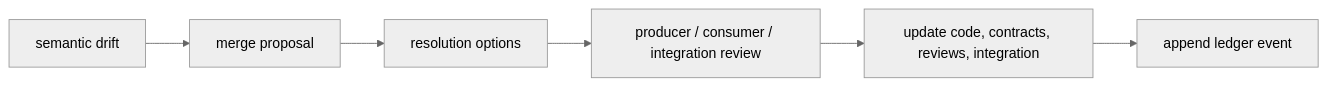
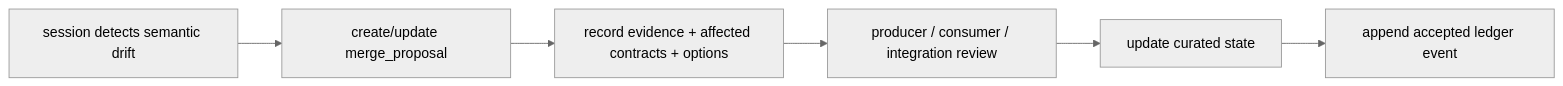
The second of 2 diagrams in README.md (genforAI/pgsa-harness), drawn with Mermaid (neutral theme) before and after one commit. The commit also changed other lines of this file, not shown here.

Commit message:
Restructure README and clarify ledger boundary

````diff
--- a/README.md
+++ b/README.md
@@ -348,8 +150,8 @@
 ```mermaid
 flowchart LR
-  D["semantic drift"] --> M["merge proposal"]
-  M --> O["resolution options"]
-  O --> R["producer / consumer / integration review"]
-  R --> U["update code, contracts, reviews, integration"]
-  U --> L["append ledger event"]
+  A["session detects semantic drift"] --> B["create/update merge_proposal"]
+  B --> C["record evidence + affected contracts + options"]
+  C --> D["producer / consumer / integration review"]
+  D --> E["update curated state"]
+  E --> F["append accepted ledger event"]
 ```
````
